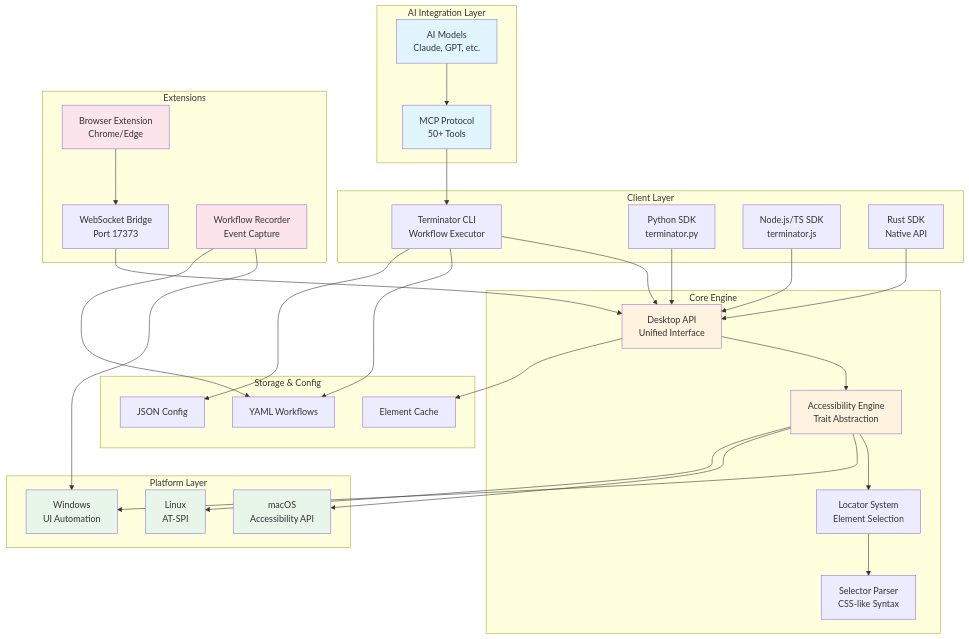
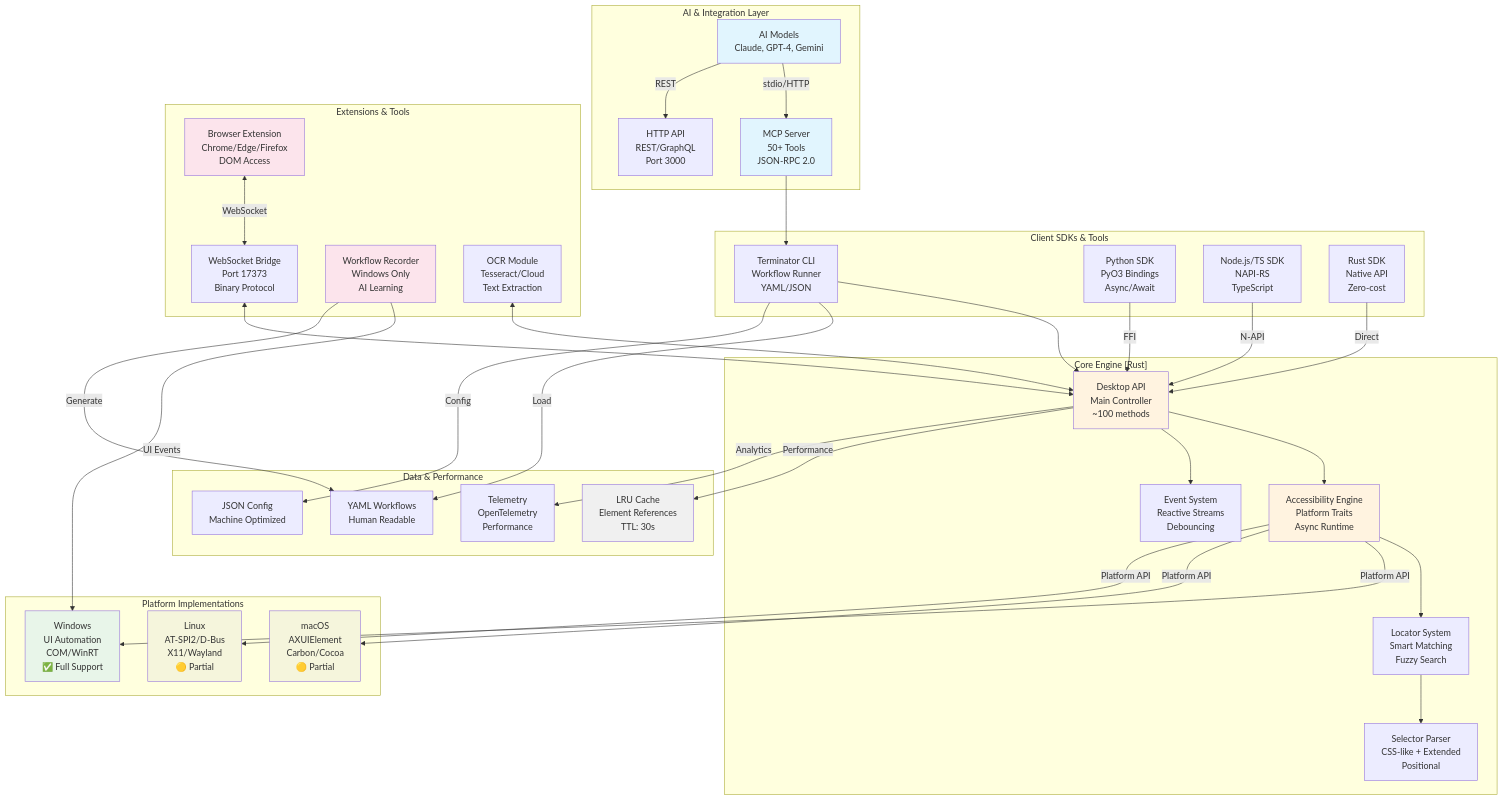
Before and after one commit to mediar-ai/terminator: the first of 3 diagrams in docs/diagrams/01-system-architecture.md, drawn with Mermaid. The commit also changed other lines of this file and 3 other files, not shown here.

First line of the commit message:
feat: enhance architecture diagrams with real-world examples and metrics

````diff
--- a/docs/diagrams/01-system-architecture.md
+++ b/docs/diagrams/01-system-architecture.md
@@ -6,76 +6,86 @@
 ```mermaid
 graph TB
-    subgraph "AI Integration Layer"
-        AI[AI Models<br/>Claude, GPT, etc.]
-        MCP[MCP Protocol<br/>50+ Tools]
+    subgraph "AI & Integration Layer"
+        AI[AI Models<br/>Claude, GPT-4, Gemini]
+        MCP[MCP Server<br/>50+ Tools<br/>JSON-RPC 2.0]
+        HTTP[HTTP API<br/>REST/GraphQL<br/>Port 3000]
     end
 
-    subgraph "Client Layer"
-        CLI[Terminator CLI<br/>Workflow Executor]
-        PY[Python SDK<br/>terminator.py]
-        JS[Node.js/TS SDK<br/>terminator.js]
-        RUST[Rust SDK<br/>Native API]
+    subgraph "Client SDKs & Tools"
+        CLI[Terminator CLI<br/>Workflow Runner<br/>YAML/JSON]
+        PY[Python SDK<br/>PyO3 Bindings<br/>Async/Await]
+        JS[Node.js/TS SDK<br/>NAPI-RS<br/>TypeScript]
+        RUST[Rust SDK<br/>Native API<br/>Zero-cost]
     end
 
-    subgraph "Core Engine"
-        DESKTOP[Desktop API<br/>Unified Interface]
-        ENGINE[Accessibility Engine<br/>Trait Abstraction]
-        LOCATOR[Locator System<br/>Element Selection]
-        SELECTOR[Selector Parser<br/>CSS-like Syntax]
+    subgraph "Core Engine [Rust]"
+        DESKTOP[Desktop API<br/>Main Controller<br/>~100 methods]
+        ENGINE[Accessibility Engine<br/>Platform Traits<br/>Async Runtime]
+        LOCATOR[Locator System<br/>Smart Matching<br/>Fuzzy Search]
+        SELECTOR[Selector Parser<br/>CSS-like + Extended<br/>Positional]
+        EVENTS[Event System<br/>Reactive Streams<br/>Debouncing]
     end
 
-    subgraph "Platform Layer"
-        WIN[Windows<br/>UI Automation]
-        MAC[macOS<br/>Accessibility API]
-        LINUX[Linux<br/>AT-SPI]
+    subgraph "Platform Implementations"
+        WIN[Windows<br/>UI Automation<br/>COM/WinRT<br/>✅ Full Support]
+        MAC[macOS<br/>AXUIElement<br/>Carbon/Cocoa<br/>🟡 Partial]
+        LINUX[Linux<br/>AT-SPI2/D-Bus<br/>X11/Wayland<br/>🟡 Partial]
     end
 
-    subgraph "Extensions"
-        BROWSER[Browser Extension<br/>Chrome/Edge]
-        BRIDGE[WebSocket Bridge<br/>Port 17373]
-        RECORDER[Workflow Recorder<br/>Event Capture]
+    subgraph "Extensions & Tools"
+        BROWSER[Browser Extension<br/>Chrome/Edge/Firefox<br/>DOM Access]
+        BRIDGE[WebSocket Bridge<br/>Port 17373<br/>Binary Protocol]
+        RECORDER[Workflow Recorder<br/>Windows Only<br/>AI Learning]
+        OCR[OCR Module<br/>Tesseract/Cloud<br/>Text Extraction]
     end
 
-    subgraph "Storage & Config"
-        YAML[YAML Workflows]
-        JSON[JSON Config]
-        CACHE[Element Cache]
+    subgraph "Data & Performance"
+        YAML[YAML Workflows<br/>Human Readable]
+        JSON[JSON Config<br/>Machine Optimized]
+        CACHE[LRU Cache<br/>Element References<br/>TTL: 30s]
+        METRICS[Telemetry<br/>OpenTelemetry<br/>Performance]
     end
 
-    AI --> MCP
+    AI -->|stdio/HTTP| MCP
+    AI -->|REST| HTTP
     MCP --> CLI
 
     CLI --> DESKTOP
-    PY --> DESKTOP
-    JS --> DESKTOP
-    RUST --> DESKTOP
+    PY -->|FFI| DESKTOP
+    JS -->|N-API| DESKTOP
+    RUST -->|Direct| DESKTOP
 
     DESKTOP --> ENGINE
+    DESKTOP --> EVENTS
     ENGINE --> LOCATOR
     LOCATOR --> SELECTOR
 
-    ENGINE --> WIN
-    ENGINE --> MAC
-    ENGINE --> LINUX
+    ENGINE -->|Platform API| WIN
+    ENGINE -->|Platform API| MAC
+    ENGINE -->|Platform API| LINUX
 
-    BROWSER --> BRIDGE
-    BRIDGE --> DESKTOP
+    BROWSER <-->|WebSocket| BRIDGE
+    BRIDGE <--> DESKTOP
 
-    RECORDER --> WIN
-    RECORDER --> YAML
+    RECORDER -->|UI Events| WIN
+    RECORDER -->|Generate| YAML
 
-    CLI --> YAML
-    CLI --> JSON
+    CLI -->|Load| YAML
+    CLI -->|Config| JSON
 
-    DESKTOP --> CACHE
+    DESKTOP -->|Performance| CACHE
+    DESKTOP -->|Analytics| METRICS
+
+    OCR <--> DESKTOP
 
     style AI fill:#e1f5fe
     style MCP fill:#e1f5fe
     style DESKTOP fill:#fff3e0
     style ENGINE fill:#fff3e0
     style WIN fill:#e8f5e9
-    style MAC fill:#e8f5e9
-    style LINUX fill:#e8f5e9
+    style MAC fill:#f5f5dc
+    style LINUX fill:#f5f5dc
     style BROWSER fill:#fce4ec
     style RECORDER fill:#fce4ec
+    style CACHE fill:#f0f0f0
 ```
````
